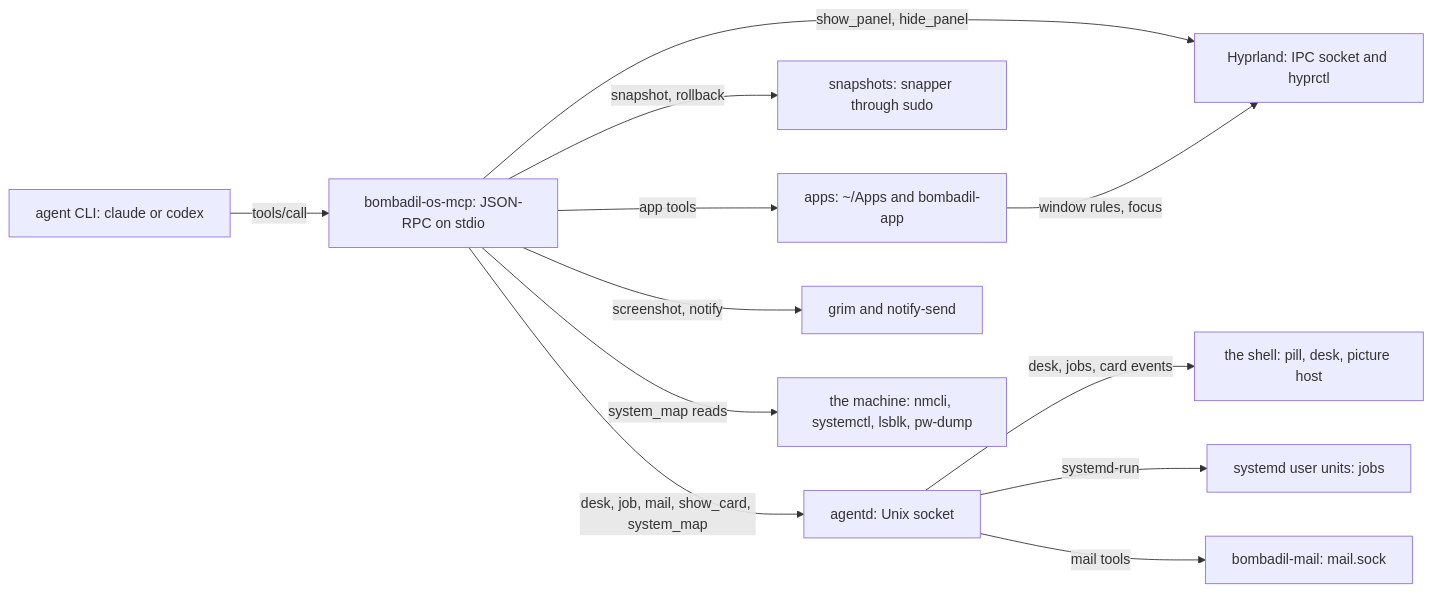
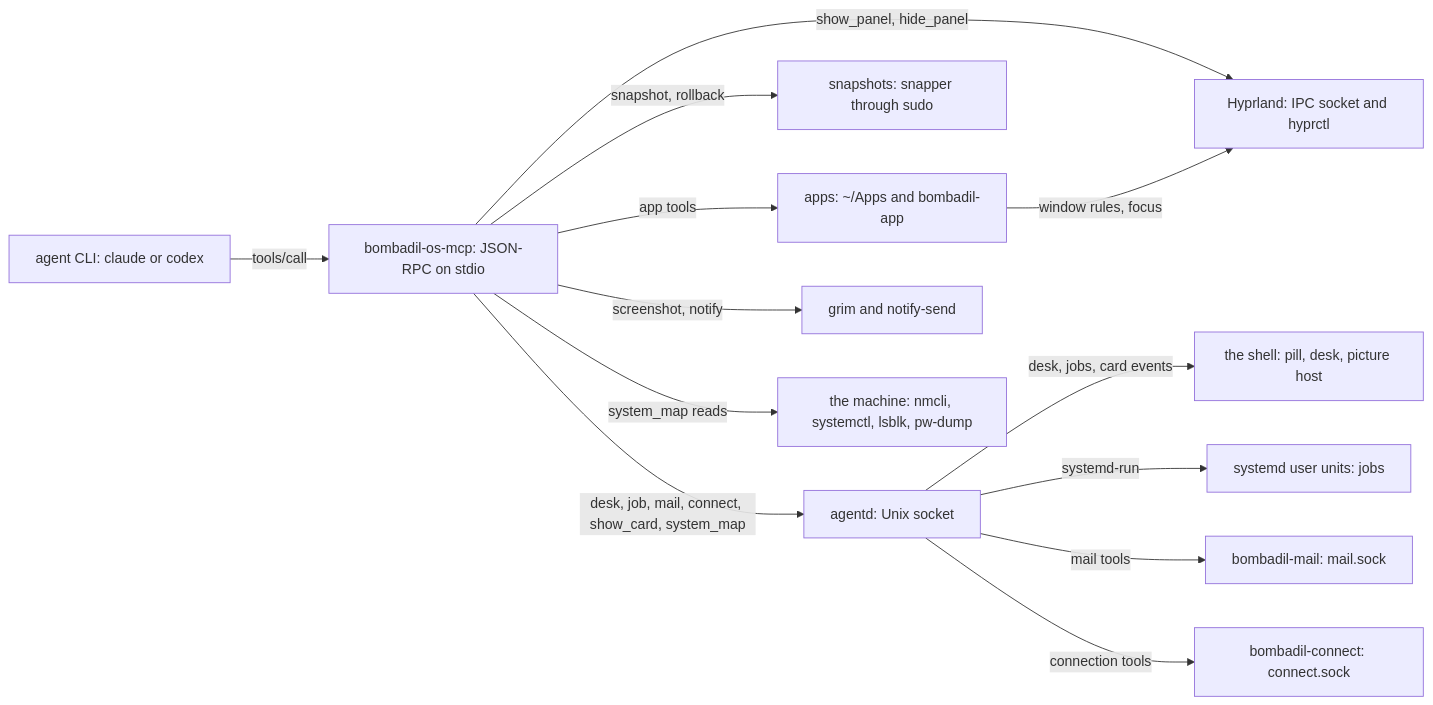
One commit to thedefaultman/Bombadil changed the first of 2 diagrams in docs/architecture/os-mcp.md. Above: the diagram before and after it, drawn with Mermaid. The commit also changed other lines of this file and 10 other files, not shown here.

````diff
--- a/docs/architecture/os-mcp.md
+++ b/docs/architecture/os-mcp.md
@@ -14,26 +16,28 @@
 ```mermaid
 flowchart LR
     CLI["agent CLI: claude or codex"]
     MCP["bombadil-os-mcp: JSON-RPC on stdio"]
     HYPR["Hyprland: IPC socket and hyprctl"]
     APPS["apps: ~/Apps and bombadil-app"]
     SNAP["snapshots: snapper through sudo"]
     AGENTD["agentd: Unix socket"]
     SHELL["the shell: pill, desk, picture host"]
     UNITS["systemd user units: jobs"]
     LOCAL["grim and notify-send"]
     MACHINE["the machine: nmcli, systemctl, lsblk, pw-dump"]
     MAILSVC["bombadil-mail: mail.sock"]
+    CONNECTSVC["bombadil-connect: connect.sock"]
 
     CLI -->|"tools/call"| MCP
     MCP -->|"show_panel, hide_panel"| HYPR
     MCP -->|"app tools"| APPS
     APPS -->|"window rules, focus"| HYPR
     MCP -->|"snapshot, rollback"| SNAP
-    MCP -->|"desk, job, mail, show_card, system_map"| AGENTD
+    MCP -->|"desk, job, mail, connect, show_card, system_map"| AGENTD
     AGENTD -->|"desk, jobs, card events"| SHELL
     AGENTD -->|"systemd-run"| UNITS
     AGENTD -->|"mail tools"| MAILSVC
+    AGENTD -->|"connection tools"| CONNECTSVC
     MCP -->|"screenshot, notify"| LOCAL
     MCP -->|"system_map reads"| MACHINE
 ```
````
